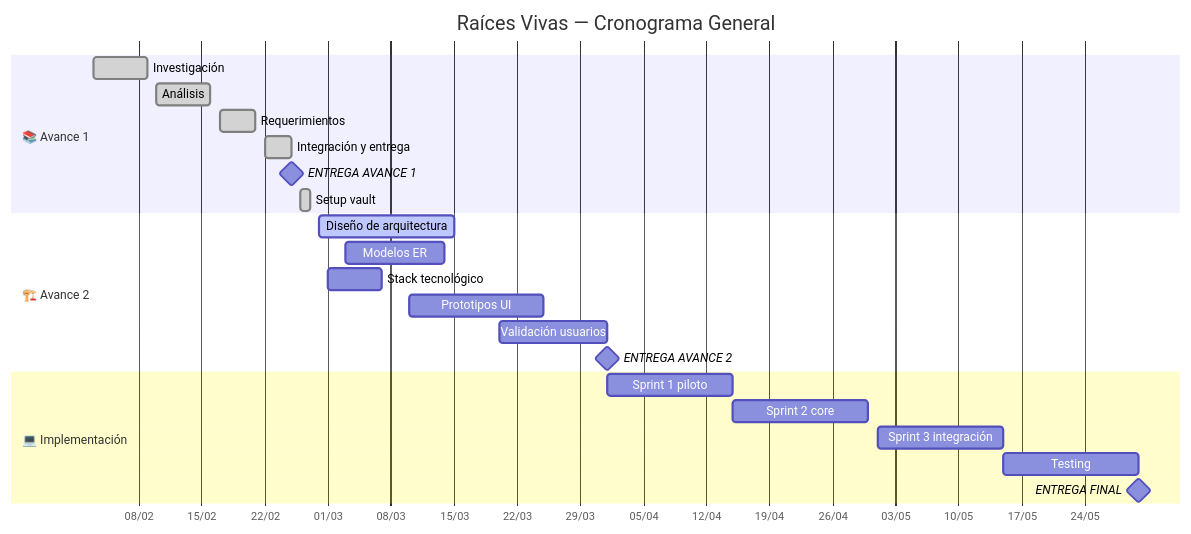
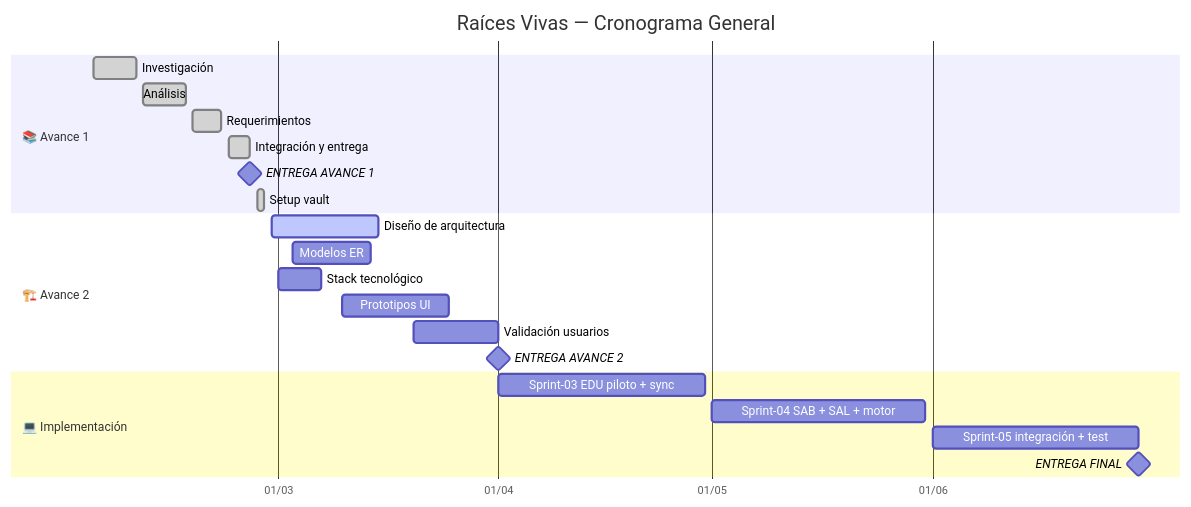
Before and after one commit to yonrasgg/RAICES_VIVAS: the diagram in 00-Dashboard/Home.md, drawn with Mermaid. The commit also changed other lines of this file and 1 other file, not shown here.

First line of the commit message:
Actualización automática en Raíces Vivas – 2026-03-26 17:53:49 Host: Cambios: 2 archivos modificados — M 00-Dashboard/Home.md 00-Dashboard/Roadmap.md

````diff
--- a/00-Dashboard/Home.md
+++ b/00-Dashboard/Home.md
@@ -483,30 +498,29 @@
 ```mermaid
 gantt
     title Raíces Vivas — Cronograma General
     dateFormat YYYY-MM-DD
     axisFormat %d/%m
     todayMarker stroke-width:3px,stroke:#f66,opacity:0.8
 
     section 📚 Avance 1
     Investigación           :done,   a1, 2026-02-03, 2026-02-09
     Análisis                :done,   a2, 2026-02-10, 2026-02-16
     Requerimientos          :done,   a3, 2026-02-17, 2026-02-21
     Integración y entrega   :done,   a4, 2026-02-22, 2026-02-25
     ENTREGA AVANCE 1        :milestone, m1, 2026-02-25, 0d
     Setup vault             :done,   a5, 2026-02-26, 2026-02-27
 
     section 🏗️ Avance 2
     Diseño de arquitectura  :active, b1, 2026-02-28, 2026-03-15
     Modelos ER              :        b2, 2026-03-03, 2026-03-14
     Stack tecnológico       :        b3, 2026-03-01, 2026-03-07
     Prototipos UI           :        b4, 2026-03-10, 2026-03-25
     Validación usuarios     :        b5, 2026-03-20, 2026-04-01
     ENTREGA AVANCE 2        :milestone, m2, 2026-04-01, 0d
 
     section 💻 Implementación
-    Sprint 1 piloto         :        c1, 2026-04-01, 2026-04-15
-    Sprint 2 core           :        c2, 2026-04-15, 2026-04-30
-    Sprint 3 integración    :        c3, 2026-05-01, 2026-05-15
-    Testing                 :        c4, 2026-05-15, 2026-05-30
-    ENTREGA FINAL           :milestone, m3, 2026-05-30, 0d
+    Sprint-03 EDU piloto + sync  :        c1, 2026-04-01, 2026-04-30
+    Sprint-04 SAB + SAL + motor  :        c2, 2026-05-01, 2026-05-31
+    Sprint-05 integración + test :        c3, 2026-06-01, 2026-06-30
+    ENTREGA FINAL           :milestone, m3, 2026-06-30, 0d
 ```
````
